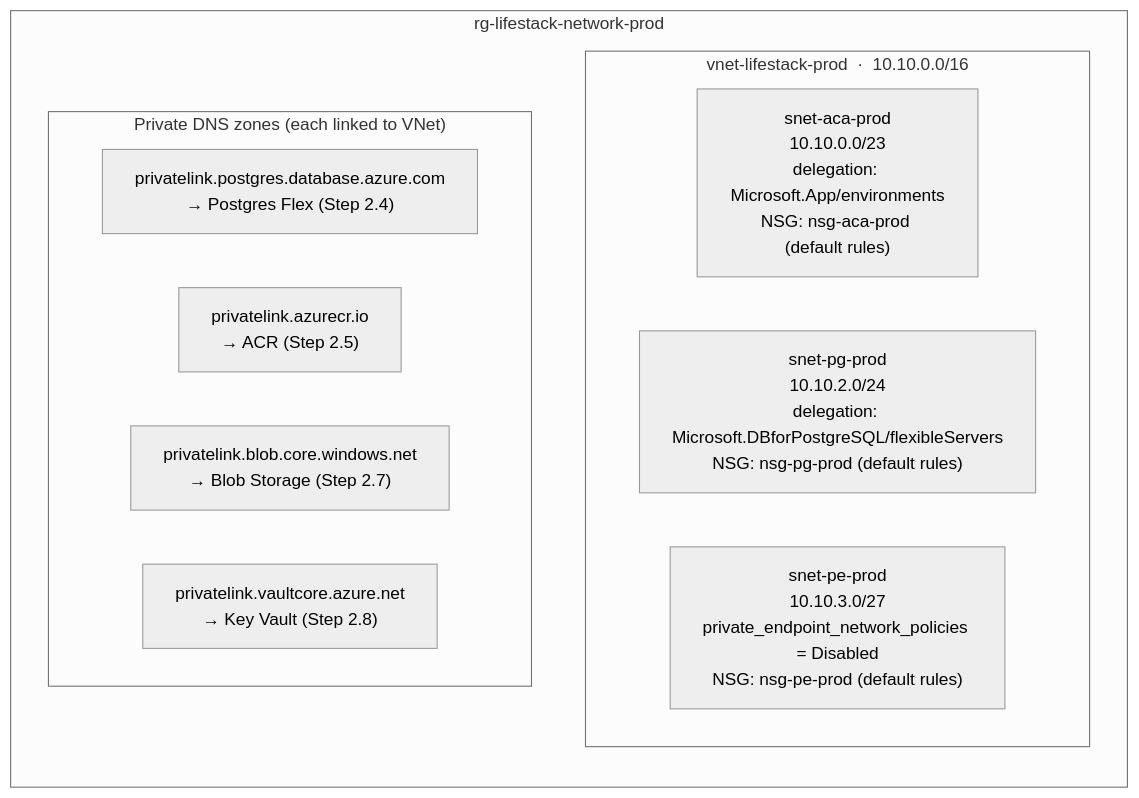
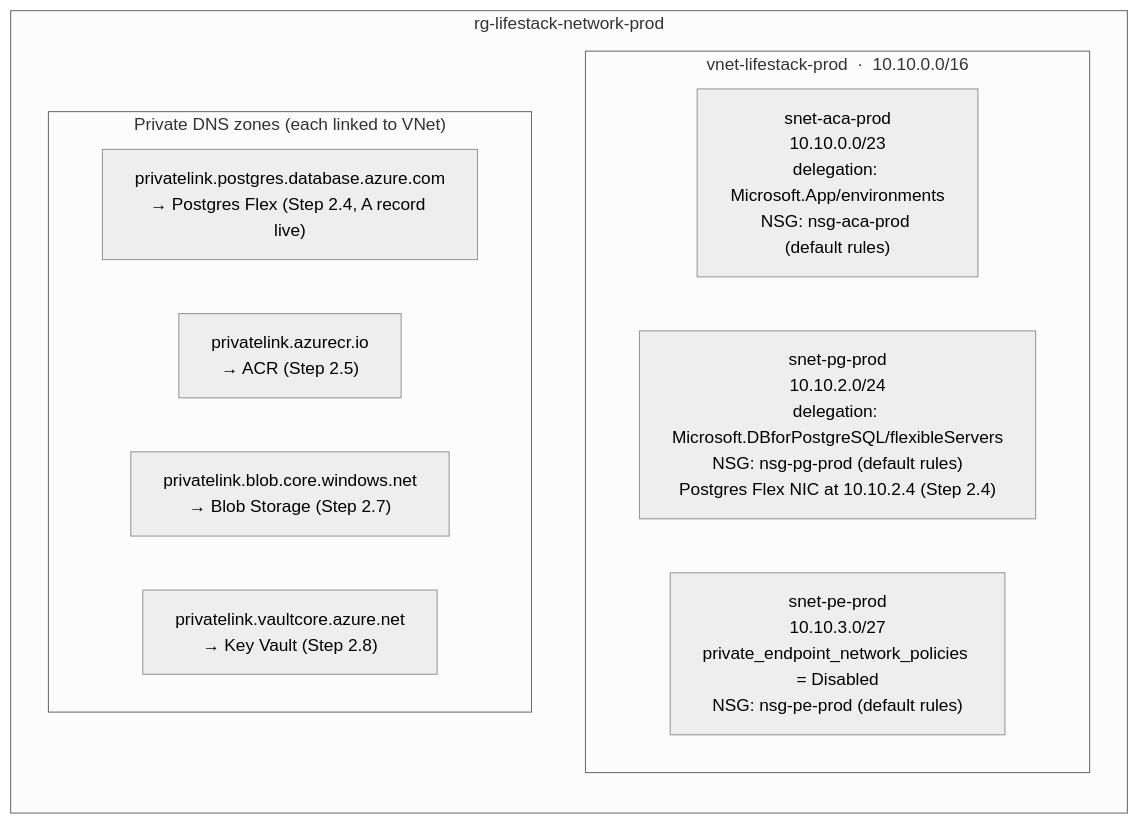
The third of 3 diagrams in docs/architecture.md (bkylee/lifestack), drawn with Mermaid (neutral theme) before and after one commit. The commit also changed other lines of this file and 11 other files, not shown here.

First line of the commit message:
feat: add Postgres Flex module and move region to eastus2

````diff
--- a/docs/architecture.md
+++ b/docs/architecture.md
@@ -256,19 +260,19 @@
 ```mermaid
 flowchart TB
   subgraph NetRG["rg-lifestack-network-prod"]
     direction TB
     subgraph VNet["vnet-lifestack-prod &nbsp;·&nbsp; 10.10.0.0/16"]
       direction LR
       Aca["snet-aca-prod<br/>10.10.0.0/23<br/>delegation: Microsoft.App/environments<br/>NSG: nsg-aca-prod (default rules)"]
-      Pg["snet-pg-prod<br/>10.10.2.0/24<br/>delegation: Microsoft.DBforPostgreSQL/flexibleServers<br/>NSG: nsg-pg-prod (default rules)"]
+      Pg["snet-pg-prod<br/>10.10.2.0/24<br/>delegation: Microsoft.DBforPostgreSQL/flexibleServers<br/>NSG: nsg-pg-prod (default rules)<br/>Postgres Flex NIC at 10.10.2.4 (Step 2.4)"]
       Pe["snet-pe-prod<br/>10.10.3.0/27<br/>private_endpoint_network_policies = Disabled<br/>NSG: nsg-pe-prod (default rules)"]
     end
 
     subgraph DNS["Private DNS zones (each linked to VNet)"]
-      Z1["privatelink.postgres.database.azure.com<br/>→ Postgres Flex (Step 2.4)"]
+      Z1["privatelink.postgres.database.azure.com<br/>→ Postgres Flex (Step 2.4, A record live)"]
       Z2["privatelink.azurecr.io<br/>→ ACR (Step 2.5)"]
       Z3["privatelink.blob.core.windows.net<br/>→ Blob Storage (Step 2.7)"]
       Z4["privatelink.vaultcore.azure.net<br/>→ Key Vault (Step 2.8)"]
     end
   end
 ```
````
